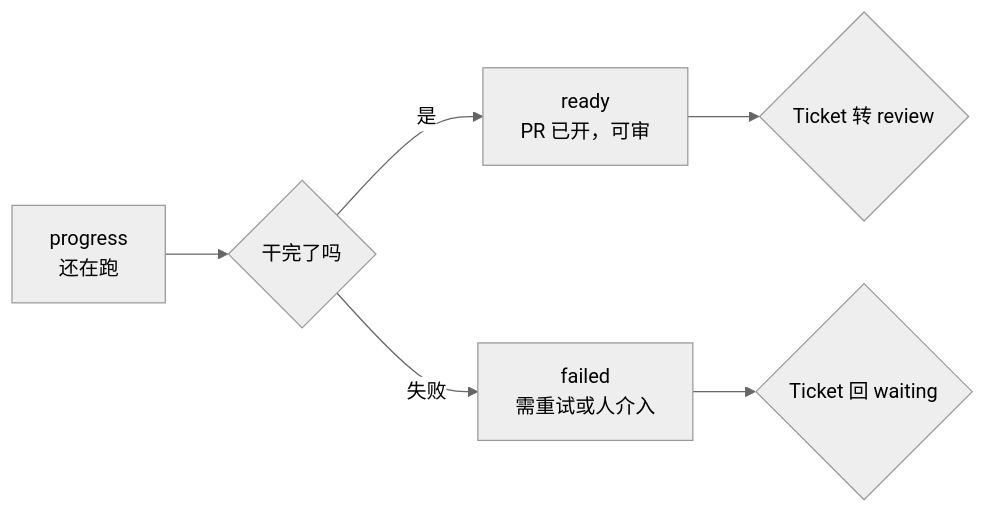
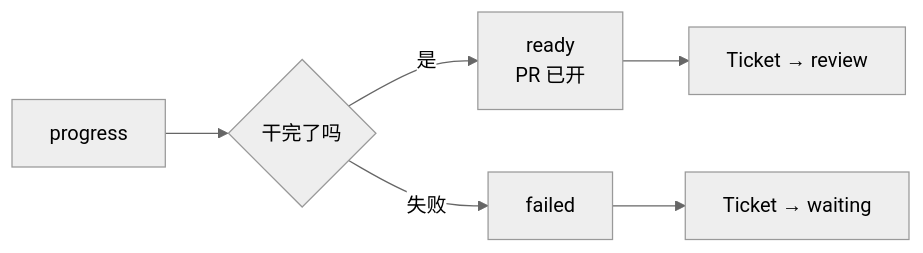
Before and after one commit to hairyf/dsh-nexus: the sixth of 21 diagrams in docs/flow.md, drawn with Mermaid (neutral theme). The commit also changed other lines of this file and 9 other files, not shown here.

````diff
--- a/docs/flow.md
+++ b/docs/flow.md
@@ -204,9 +170,8 @@
 ```mermaid
 flowchart LR
-    P["progress<br/>还在跑"] --> R{"干完了吗"}
-    R -->|是| READY["ready<br/>PR 已开，可审"]
-    R -->|失败| F["failed<br/>需重试或人介入"]
-
-    READY --> TICK{"Ticket 转 review"}
-    F --> TICK2{"Ticket 回 waiting"}
+    P["progress"] --> R{"干完了吗"}
+    R -->|是| READY["ready<br/>PR 已开"]
+    R -->|失败| F["failed"]
+    READY --> T1["Ticket → review"]
+    F --> T2["Ticket → waiting"]
 ```
````
